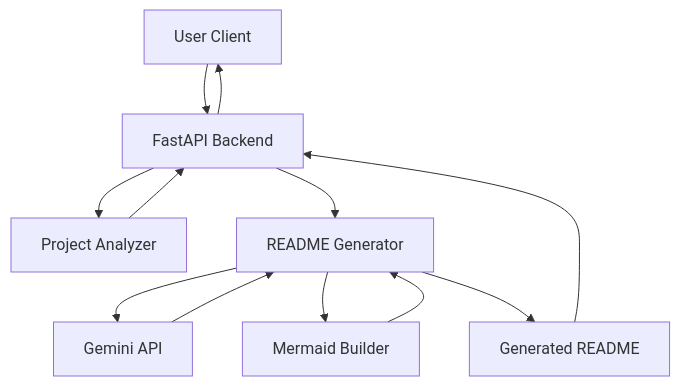
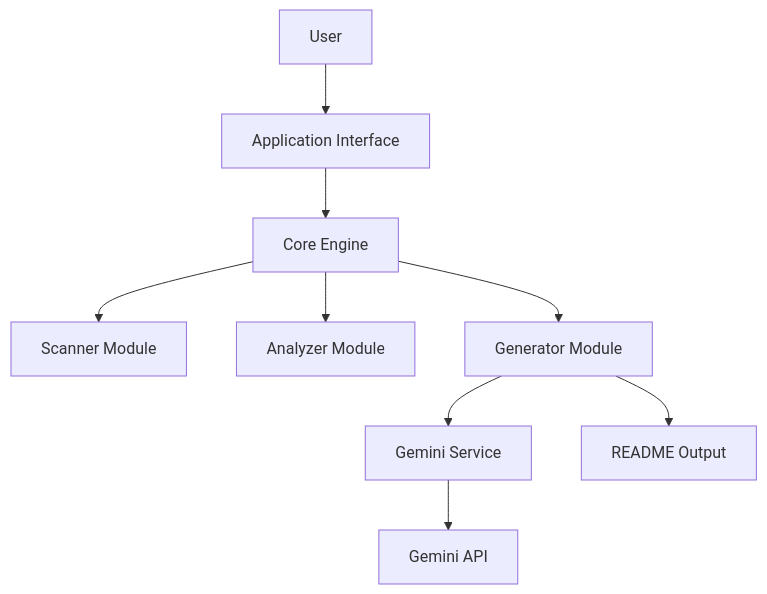
One commit to hakaninki/fast-readme-ai changed the diagram in README.md. Above: the diagram before and after it, drawn with Mermaid. The commit also changed other lines of this file and 41 other files, not shown here.

First line of the commit message:
fix: resolve gemini-2.5-flash text hallucination and finalize v1.0 architecture

````diff
--- a/README.md
+++ b/README.md
@@ -171,14 +185,11 @@
 ```mermaid
 graph TD
-    A[User Client] --> B[FastAPI Backend]
-    B --> C[Project Analyzer]
-    C --> B
-    B --> D[README Generator]
-    D --> E[Gemini API]
-    E --> D
-    D --> F[Mermaid Builder]
-    F --> D
-    D --> G[Generated README]
-    G --> B
-    B --> A
+    User[User] --> Interface[Application Interface]
+    Interface --> Engine[Core Engine]
+    Engine --> Scanner[Scanner Module]
+    Engine --> Analyzer[Analyzer Module]
+    Engine --> Generator[Generator Module]
+    Generator --> GeminiService[Gemini Service]
+    GeminiService --> GeminiAPI[Gemini API]
+    Generator --> Output[README Output]
 ```
````
